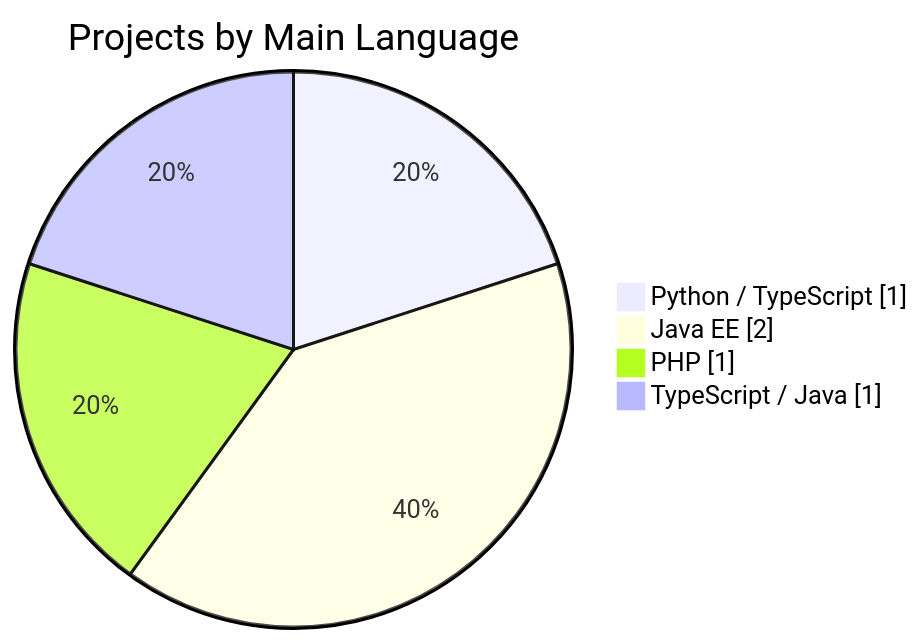
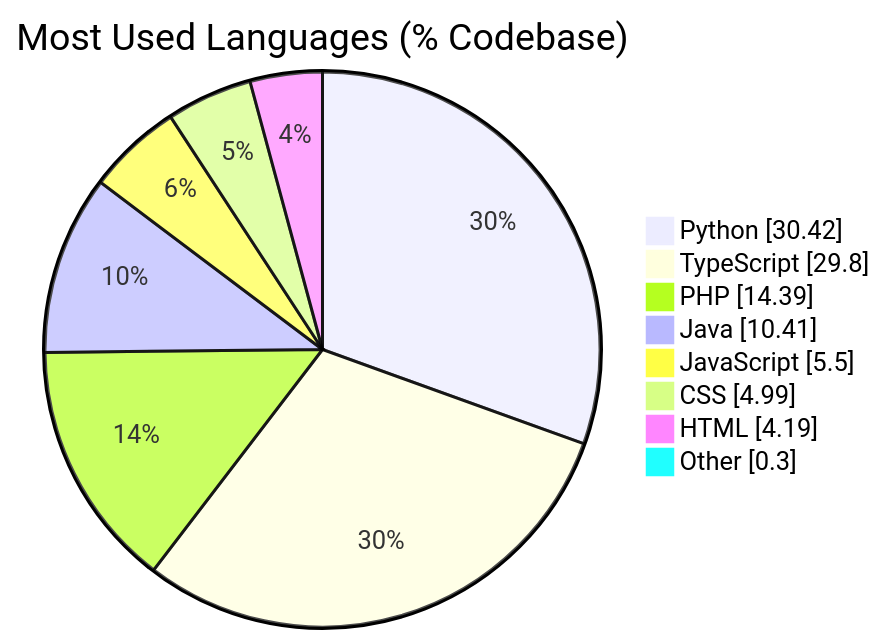
Before and after one commit to Isuru-CodeX/Isuru-CodeX: the first of 2 diagrams in README.md, drawn with Mermaid. The commit also changed other lines of this file and 1 other file, not shown here.

Commit message:
feat: accurate codebase language analytics with animated SVG card, live ticker & verified pie chart

````diff
--- a/README.md
+++ b/README.md
@@ -229,7 +240,11 @@
 ```mermaid
-pie showData title Projects by Main Language
-    "Python / TypeScript" : 1
-    "Java EE"             : 2
-    "PHP"                 : 1
-    "TypeScript / Java"   : 1
+pie showData title Most Used Languages (% Codebase)
+    "Python" : 30.42
+    "TypeScript" : 29.80
+    "PHP" : 14.39
+    "Java" : 10.41
+    "JavaScript" : 5.50
+    "CSS" : 4.99
+    "HTML" : 4.19
+    "Other" : 0.30
 ```
````
